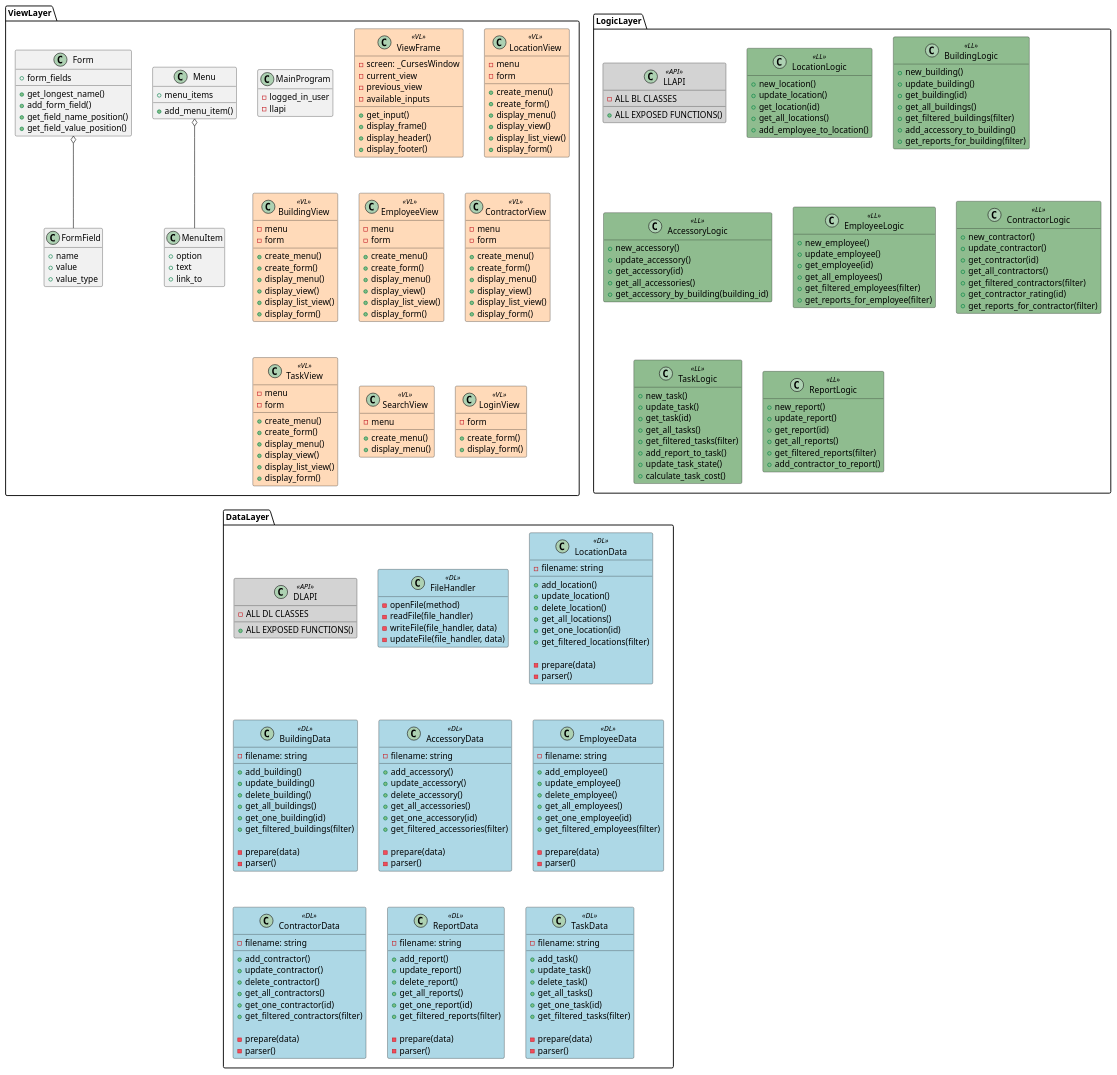
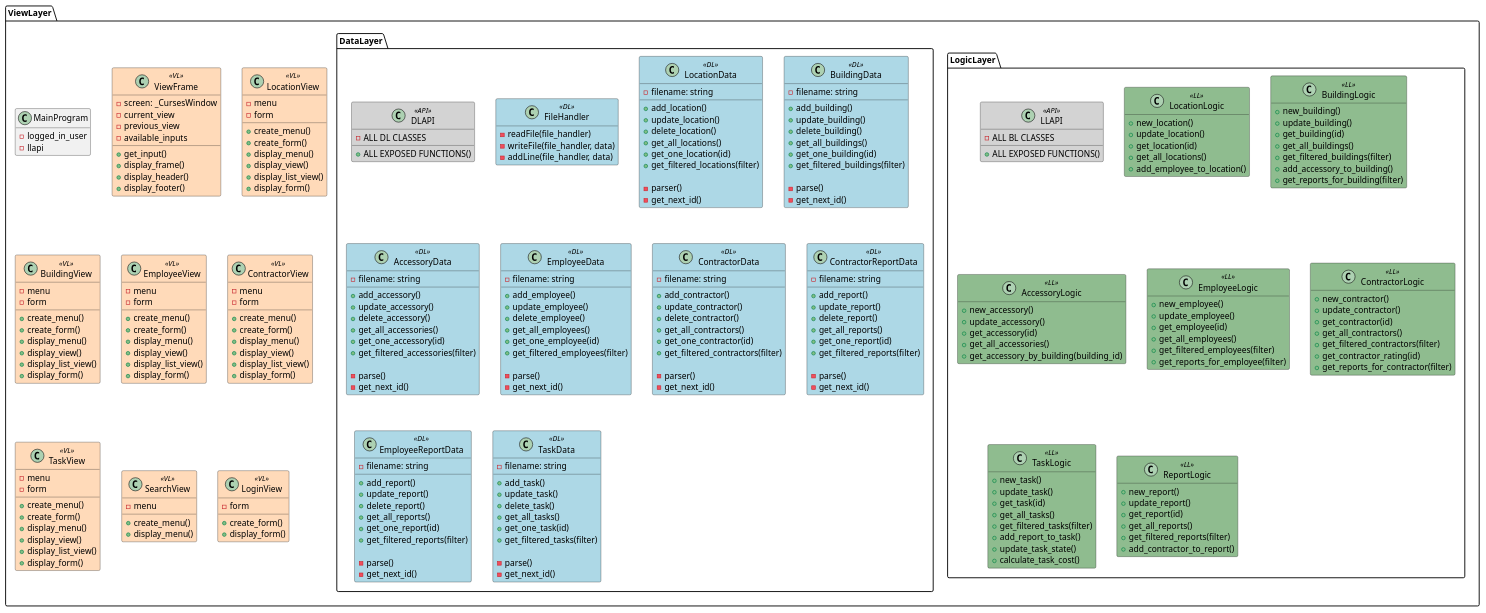
Before and after one commit to finnure/Verklegt1-H1-2021: the diagram in docs/uml/3-tier_class.puml, drawn with PlantUML.

Commit message:
laga dl í 3 tier class

```diff
--- a/docs/uml/3-tier_class.puml
+++ b/docs/uml/3-tier_class.puml
@@ -91,32 +91,6 @@
     + create_form()
     + display_form()
   }
-  Class Menu {
-    + menu_items
-
-    + add_menu_item()
-  }
-  Class MenuItem {
-    + option
-    + text
-    + link_to
-  }
-  Class Form {
-    + form_fields
-
-    + get_longest_name()
-    + add_form_field()
-    + get_field_name_position()
-    + get_field_value_position()
-  }
-  Class FormField {
-    + name
-    + value
-    + value_type
-  }
-  Form o-- FormField
-  Menu o-- MenuItem
-}
 package LogicLayer {
   Class LLAPI <<API>> {
     - ALL BL CLASSES
@@ -188,10 +162,9 @@
     + ALL EXPOSED FUNCTIONS()
   }
   class FileHandler <<DL>> {
-    - openFile(method)
     - readFile(file_handler)
     - writeFile(file_handler, data)
-    - updateFile(file_handler, data)
+    - addLine(file_handler, data)
   }
   Class LocationData <<DL>> {
     - filename: string
@@ -203,8 +176,8 @@
     + get_one_location(id)
     + get_filtered_locations(filter)
 
-    - prepare(data)
     - parser()
+    - get_next_id()
   }
   Class BuildingData <<DL>> {
     - filename: string
@@ -215,9 +188,9 @@
     + get_all_buildings()
     + get_one_building(id)
     + get_filtered_buildings(filter)
-
-    - prepare(data)
-    - parser()
+    
+    - parse()
+    - get_next_id()
   }
   Class AccessoryData <<DL>> {
     - filename: string
@@ -229,8 +202,8 @@
     + get_one_accessory(id)
     + get_filtered_accessories(filter)
 
-    - prepare(data)
-    - parser()
+    - parse()
+    - get_next_id()
   }
   Class EmployeeData <<DL>> {
     - filename: string
@@ -242,8 +215,8 @@
     + get_one_employee(id)
     + get_filtered_employees(filter)
 
-    - prepare(data)
-    - parser()
+    - parse()
+    - get_next_id()
   }
   Class ContractorData <<DL>> {
     - filename: string
@@ -255,10 +228,10 @@
     + get_one_contractor(id)
     + get_filtered_contractors(filter)
 
-    - prepare(data)
     - parser()
+    - get_next_id()
   }
-  Class ReportData <<DL>> {
+  Class ContractorReportData <<DL>> {
     - filename: string
     
     + add_report()
@@ -268,8 +241,21 @@
     + get_one_report(id)
     + get_filtered_reports(filter)
 
-    - prepare(data)
-    - parser()
+    - parse()
+    - get_next_id()
+  }
+  Class EmployeeReportData <<DL>> {
+    - filename: string
+    
+    + add_report()
+    + update_report()
+    + delete_report()
+    + get_all_reports()
+    + get_one_report(id)
+    + get_filtered_reports(filter)
+
+    - parse()
+    - get_next_id()
   }
   Class TaskData <<DL>> {
     - filename: string
@@ -281,8 +267,8 @@
     + get_one_task(id)
     + get_filtered_tasks(filter)
 
-    - prepare(data)
-    - parser()
+    - parse()
+    - get_next_id()
   }
 }
 
```
